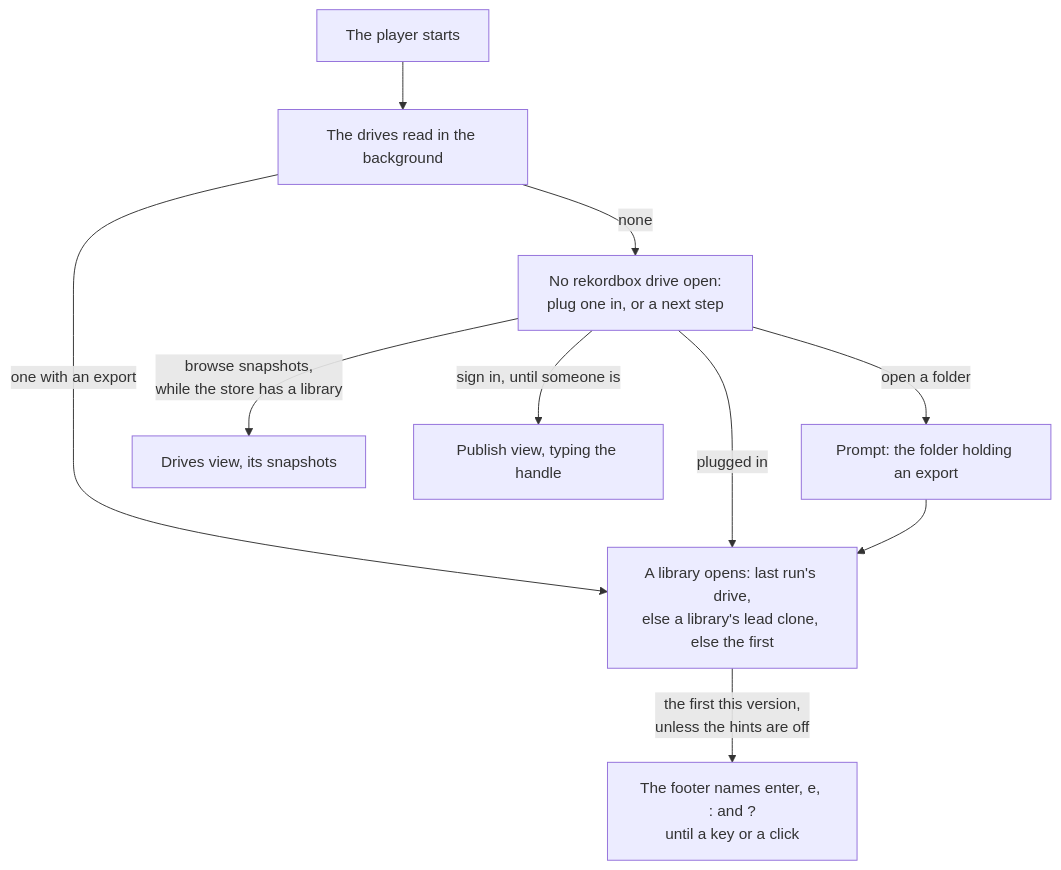
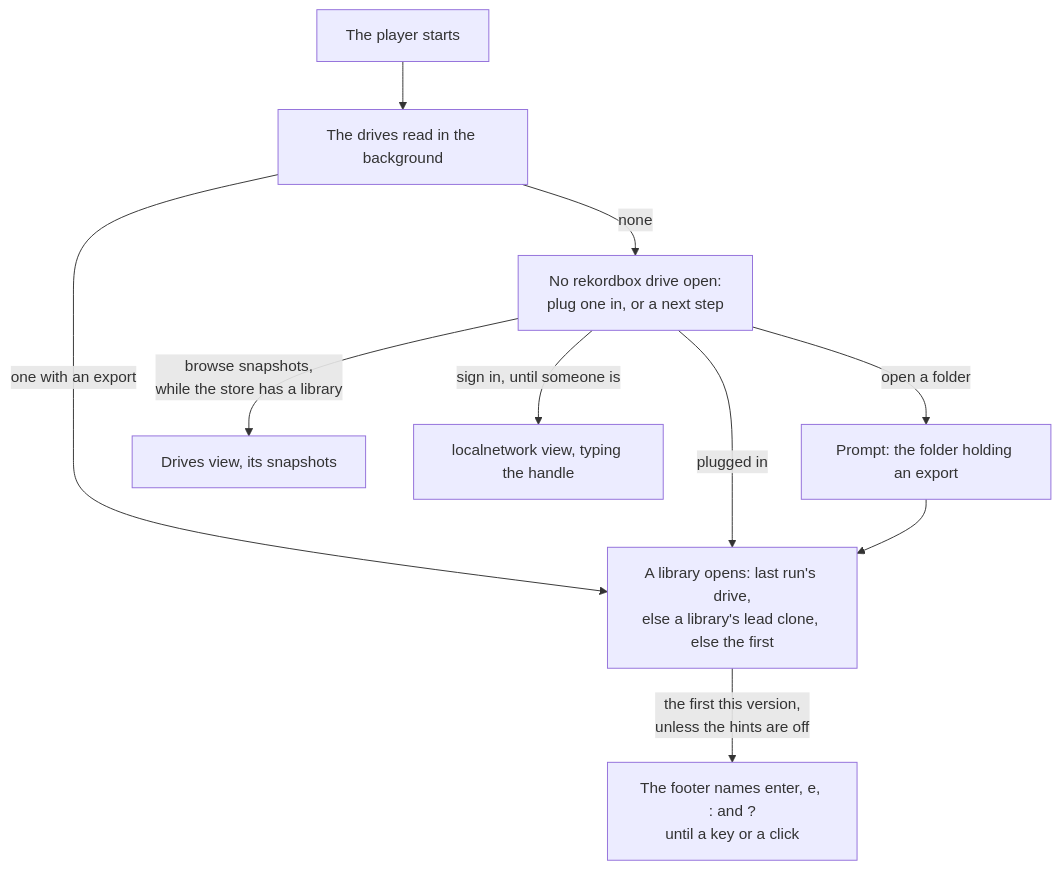
Before and after one commit to cutenode/localnetwork: the second of 17 diagrams in apps/locallibrary/docs/diagrams/player.md, drawn with Mermaid. The commit also changed other lines of this file and 26 other files, not shown here.

First line of the commit message:
feat(locallibrary): move the Publish tab to the right of the top bar as localnetwork

````diff
--- a/apps/locallibrary/docs/diagrams/player.md
+++ b/apps/locallibrary/docs/diagrams/player.md
@@ -51,12 +51,12 @@
 ```mermaid
 flowchart TD
     start["The player starts"] --> read["The drives read in the background"]
     read -->|"one with an export"| open["A library opens: last run's drive,<br/>else a library's lead clone, else the first"]
     read -->|"none"| empty["No rekordbox drive open:<br/>plug one in, or a next step"]
     empty -->|"plugged in"| open
     empty -->|"open a folder"| folder["Prompt: the folder holding an export"]
     folder --> open
     empty -->|"browse snapshots,<br/>while the store has a library"| snapshots["Drives view, its snapshots"]
-    empty -->|"sign in, until someone is"| publish["Publish view, typing the handle"]
+    empty -->|"sign in, until someone is"| publish["localnetwork view, typing the handle"]
     open -->|"the first this version,<br/>unless the hints are off"| intro["The footer names enter, e, : and ?<br/>until a key or a click"]
 ```
````
